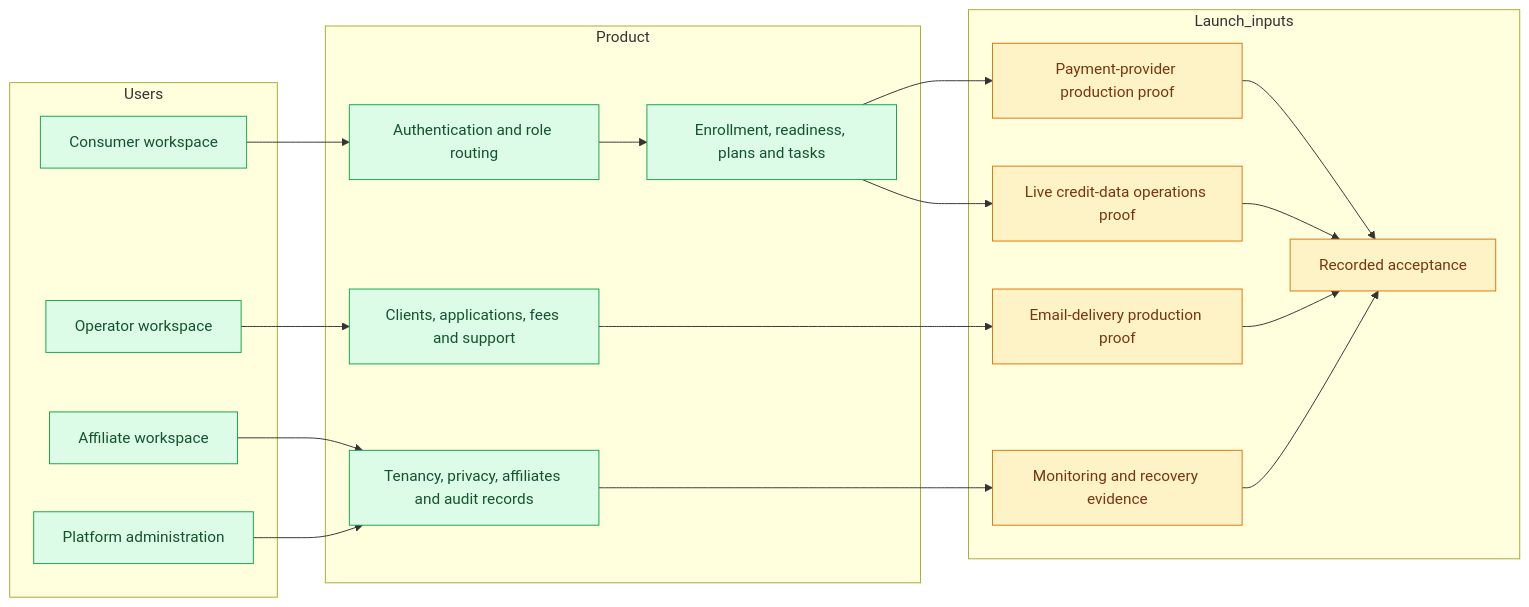
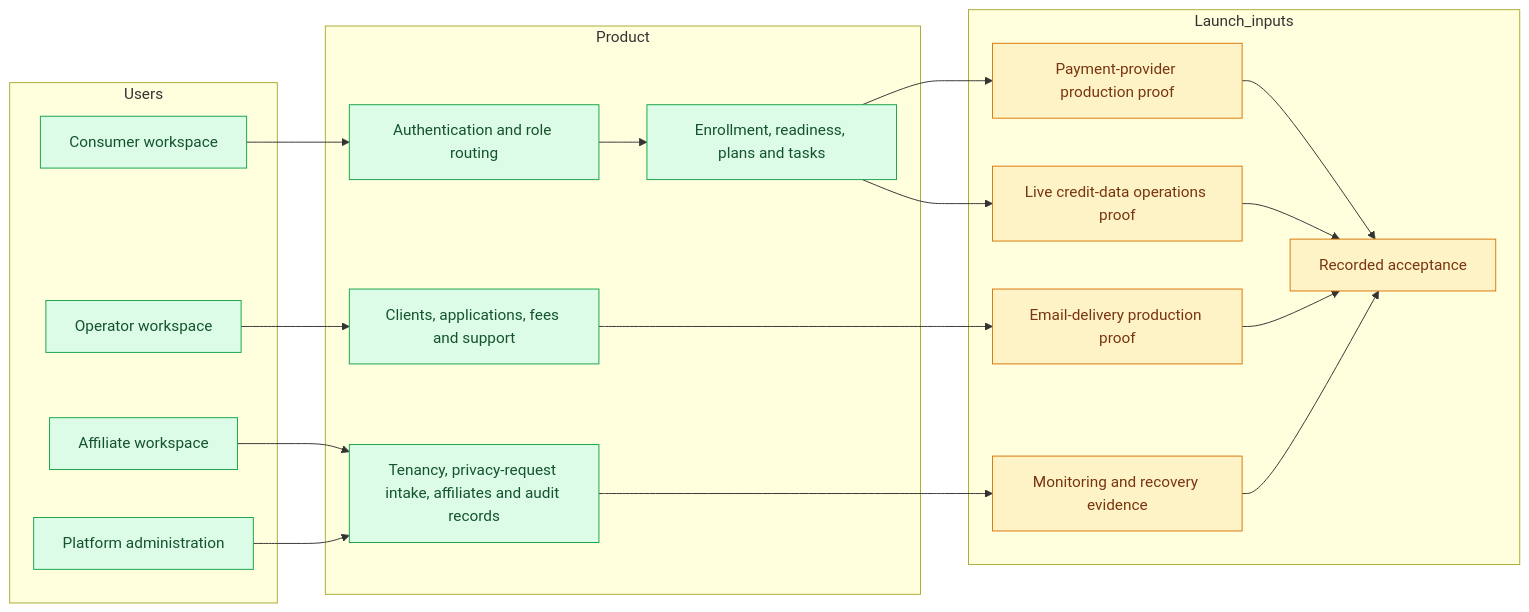
One commit to Ayy-man/MostFundable changed the diagram in docs/handover/build-map.mermaid. Above: the diagram before and after it, drawn with Mermaid. The commit also changed 6 other files, not shown here.

```diff
--- a/docs/handover/build-map.mermaid
+++ b/docs/handover/build-map.mermaid
@@ -1,39 +1,39 @@
-%% MostFundable release bddb5ca37d2d46402cb5fc8552bba266c24b7979
+%% Production evidence checked 2026-09-04 at 9d290a3fb01ac5f656179f7946d2f4df9ece1161
 flowchart LR
   classDef built fill:#dcfce7,stroke:#16a34a,color:#14532d
   classDef pending fill:#fef3c7,stroke:#d97706,color:#78350f
 
   subgraph Users
     Consumer[Consumer workspace]:::built
     Operator[Operator workspace]:::built
     Affiliate[Affiliate workspace]:::built
     Admin[Platform administration]:::built
   end
 
   subgraph Product
     Auth[Authentication and role routing]:::built
     Workflows[Enrollment, readiness, plans and tasks]:::built
     Operations[Clients, applications, fees and support]:::built
-    Governance[Tenancy, privacy, affiliates and audit records]:::built
+    Governance[Tenancy, privacy-request intake, affiliates and audit records]:::built
   end
 
   subgraph Launch_inputs
     Payments[Payment-provider production proof]:::pending
     Email[Email-delivery production proof]:::pending
     Credit[Live credit-data operations proof]:::pending
     Monitoring[Monitoring and recovery evidence]:::pending
     Acceptance[Recorded acceptance]:::pending
   end
 
   Consumer --> Auth --> Workflows
   Operator --> Operations
   Affiliate --> Governance
   Admin --> Governance
   Workflows --> Payments
   Operations --> Email
   Workflows --> Credit
   Governance --> Monitoring
   Payments --> Acceptance
   Email --> Acceptance
   Credit --> Acceptance
   Monitoring --> Acceptance
```
